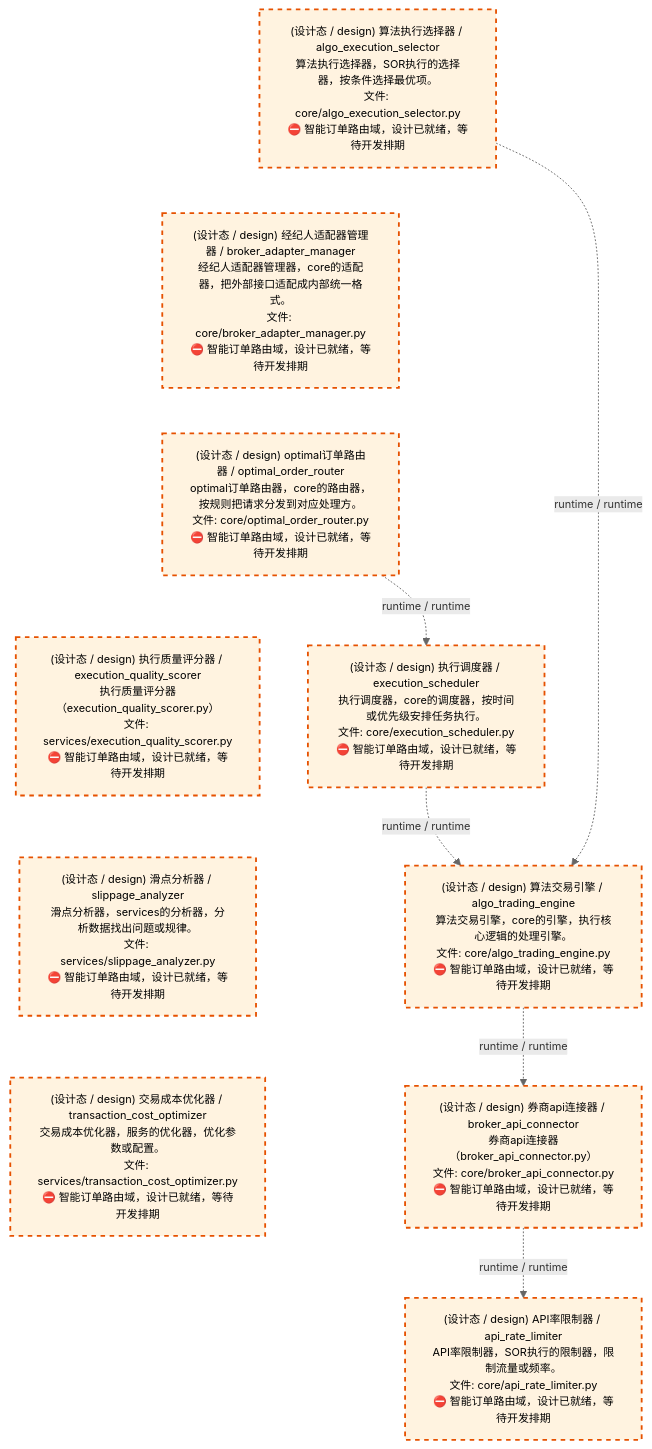
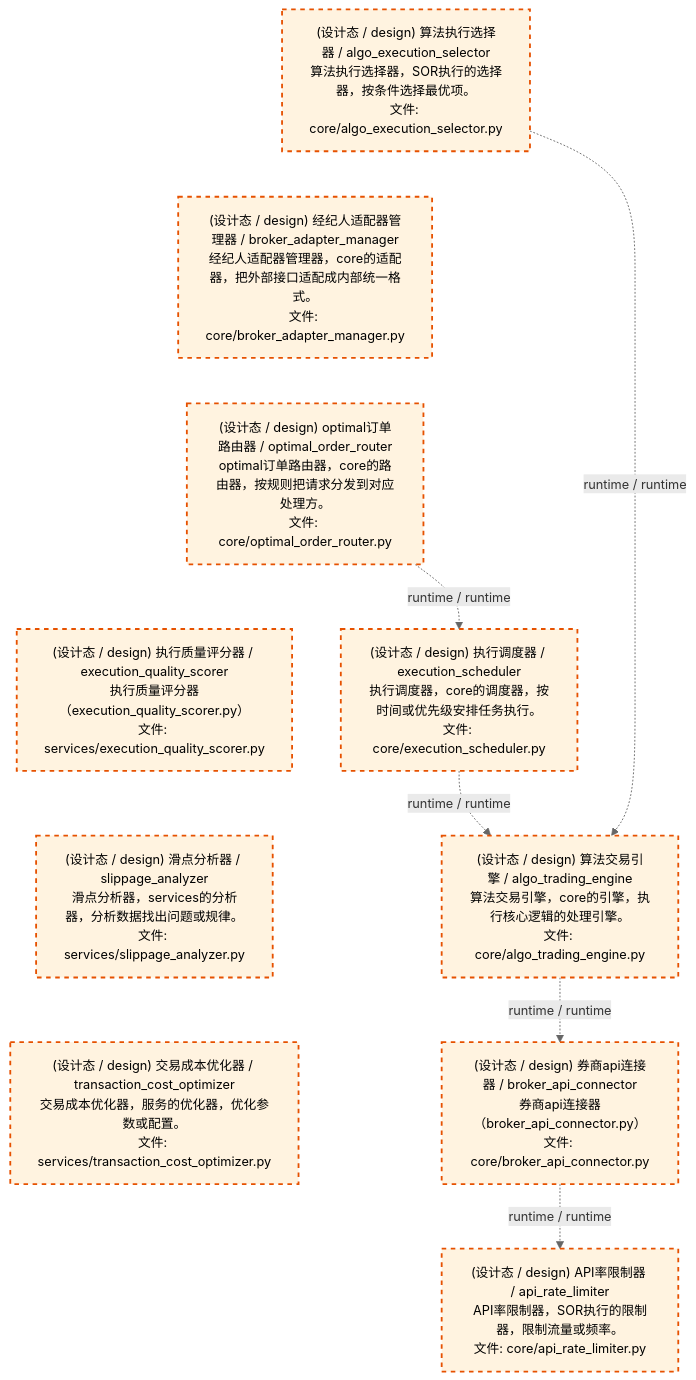
The third of 4 diagrams in docs/02_enterprise_architecture/02_domain_architecture_docs/45_d_ex_sor.md (xuanFelixVan/ZephyrAlpha), drawn with Mermaid before and after one commit. The commit also changed other lines of this file and 61 other files, not shown here.

````diff
--- a/docs/02_enterprise_architecture/02_domain_architecture_docs/45_d_ex_sor.md
+++ b/docs/02_enterprise_architecture/02_domain_architecture_docs/45_d_ex_sor.md
@@ -138,29 +138,29 @@
 ```mermaid
-%%{init: {'theme': 'base', 'themeVariables': {'primaryColor': '#eaeaea', 'primaryTextColor': '#333333', 'primaryBorderColor': '#666666', 'lineColor': '#666666', 'secondaryColor': '#eaeaea', 'tertiaryColor': '#eaeaea', 'fontSize': '12px'}}}%%
+%%{init: {'theme': 'base', 'themeVariables': {'primaryColor': '#eaeaea', 'primaryTextColor': '#333333', 'primaryBorderColor': '#666666', 'lineColor': '#666666', 'secondaryColor': '#eaeaea', 'tertiaryColor': '#eaeaea', 'fontSize': '14px'}}}%%
 flowchart TD
-    src_zephyr_ex_sor_core_algo_execution_selector_py["(设计态 / design) 算法执行选择器 / algo_execution_selector<br/>算法执行选择器，SOR执行的选择器，按条件选择最优项。<br/>文件: core/algo_execution_selector.py<br/>⛔ 智能订单路由域，设计已就绪，等待开发排期"]
-    src_zephyr_ex_sor_core_broker_adapter_manager_py["(设计态 / design) 经纪人适配器管理器 / broker_adapter_manager<br/>经纪人适配器管理器，core的适配器，把外部接口适配成内部统一格式。<br/>文件: core/broker_adapter_manager.py<br/>⛔ 智能订单路由域，设计已就绪，等待开发排期"]
-    src_zephyr_ex_sor_core_optimal_order_router_py["(设计态 / design) optimal订单路由器 / optimal_order_router<br/>optimal订单路由器，core的路由器，按规则把请求分发到对应处理方。<br/>文件: core/optimal_order_router.py<br/>⛔ 智能订单路由域，设计已就绪，等待开发排期"]
-    src_zephyr_ex_sor_services_execution_quality_scorer_py["(设计态 / design) 执行质量评分器 / execution_quality_scorer<br/>执行质量评分器（execution_quality_scorer.py）<br/>文件: services/execution_quality_scorer.py<br/>⛔ 智能订单路由域，设计已就绪，等待开发排期"]
-    src_zephyr_ex_sor_services_slippage_analyzer_py["(设计态 / design) 滑点分析器 / slippage_analyzer<br/>滑点分析器，services的分析器，分析数据找出问题或规律。<br/>文件: services/slippage_analyzer.py<br/>⛔ 智能订单路由域，设计已就绪，等待开发排期"]
-    src_zephyr_ex_sor_services_transaction_cost_optimizer_py["(设计态 / design) 交易成本优化器 / transaction_cost_optimizer<br/>交易成本优化器，服务的优化器，优化参数或配置。<br/>文件: services/transaction_cost_optimizer.py<br/>⛔ 智能订单路由域，设计已就绪，等待开发排期"]
+    src_zephyr_ex_sor_core_algo_execution_selector_py["(设计态 / design) 算法执行选择器 / algo_execution_selector<br/>算法执行选择器，SOR执行的选择器，按条件选择最优项。<br/>文件: core/algo_execution_selector.py"]
+    src_zephyr_ex_sor_core_broker_adapter_manager_py["(设计态 / design) 经纪人适配器管理器 / broker_adapter_manager<br/>经纪人适配器管理器，core的适配器，把外部接口适配成内部统一格式。<br/>文件: core/broker_adapter_manager.py"]
+    src_zephyr_ex_sor_core_optimal_order_router_py["(设计态 / design) optimal订单路由器 / optimal_order_router<br/>optimal订单路由器，core的路由器，按规则把请求分发到对应处理方。<br/>文件: core/optimal_order_router.py"]
+    src_zephyr_ex_sor_services_execution_quality_scorer_py["(设计态 / design) 执行质量评分器 / execution_quality_scorer<br/>执行质量评分器（execution_quality_scorer.py）<br/>文件: services/execution_quality_scorer.py"]
+    src_zephyr_ex_sor_services_slippage_analyzer_py["(设计态 / design) 滑点分析器 / slippage_analyzer<br/>滑点分析器，services的分析器，分析数据找出问题或规律。<br/>文件: services/slippage_analyzer.py"]
+    src_zephyr_ex_sor_services_transaction_cost_optimizer_py["(设计态 / design) 交易成本优化器 / transaction_cost_optimizer<br/>交易成本优化器，服务的优化器，优化参数或配置。<br/>文件: services/transaction_cost_optimizer.py"]
     src_zephyr_ex_sor_core_algo_execution_selector_py ~~~ src_zephyr_ex_sor_core_broker_adapter_manager_py
     src_zephyr_ex_sor_core_broker_adapter_manager_py ~~~ src_zephyr_ex_sor_core_optimal_order_router_py
     src_zephyr_ex_sor_core_optimal_order_router_py ~~~ src_zephyr_ex_sor_services_execution_quality_scorer_py
     src_zephyr_ex_sor_services_execution_quality_scorer_py ~~~ src_zephyr_ex_sor_services_slippage_analyzer_py
     src_zephyr_ex_sor_services_slippage_analyzer_py ~~~ src_zephyr_ex_sor_services_transaction_cost_optimizer_py
-    src_zephyr_ex_sor_core_execution_scheduler_py["(设计态 / design) 执行调度器 / execution_scheduler<br/>执行调度器，core的调度器，按时间或优先级安排任务执行。<br/>文件: core/execution_scheduler.py<br/>⛔ 智能订单路由域，设计已就绪，等待开发排期"]
-    src_zephyr_ex_sor_core_algo_trading_engine_py["(设计态 / design) 算法交易引擎 / algo_trading_engine<br/>算法交易引擎，core的引擎，执行核心逻辑的处理引擎。<br/>文件: core/algo_trading_engine.py<br/>⛔ 智能订单路由域，设计已就绪，等待开发排期"]
-    src_zephyr_ex_sor_core_broker_api_connector_py["(设计态 / design) 券商api连接器 / broker_api_connector<br/>券商api连接器（broker_api_connector.py）<br/>文件: core/broker_api_connector.py<br/>⛔ 智能订单路由域，设计已就绪，等待开发排期"]
-    src_zephyr_ex_sor_core_api_rate_limiter_py["(设计态 / design) API率限制器 / api_rate_limiter<br/>API率限制器，SOR执行的限制器，限制流量或频率。<br/>文件: core/api_rate_limiter.py<br/>⛔ 智能订单路由域，设计已就绪，等待开发排期"]
+    src_zephyr_ex_sor_core_execution_scheduler_py["(设计态 / design) 执行调度器 / execution_scheduler<br/>执行调度器，core的调度器，按时间或优先级安排任务执行。<br/>文件: core/execution_scheduler.py"]
+    src_zephyr_ex_sor_core_algo_trading_engine_py["(设计态 / design) 算法交易引擎 / algo_trading_engine<br/>算法交易引擎，core的引擎，执行核心逻辑的处理引擎。<br/>文件: core/algo_trading_engine.py"]
+    src_zephyr_ex_sor_core_broker_api_connector_py["(设计态 / design) 券商api连接器 / broker_api_connector<br/>券商api连接器（broker_api_connector.py）<br/>文件: core/broker_api_connector.py"]
+    src_zephyr_ex_sor_core_api_rate_limiter_py["(设计态 / design) API率限制器 / api_rate_limiter<br/>API率限制器，SOR执行的限制器，限制流量或频率。<br/>文件: core/api_rate_limiter.py"]
     src_zephyr_ex_sor_core_optimal_order_router_py -.->|runtime / runtime| src_zephyr_ex_sor_core_execution_scheduler_py
     src_zephyr_ex_sor_core_execution_scheduler_py -.->|runtime / runtime| src_zephyr_ex_sor_core_algo_trading_engine_py
     src_zephyr_ex_sor_core_algo_trading_engine_py -.->|runtime / runtime| src_zephyr_ex_sor_core_broker_api_connector_py
     src_zephyr_ex_sor_core_algo_execution_selector_py -.->|runtime / runtime| src_zephyr_ex_sor_core_algo_trading_engine_py
     src_zephyr_ex_sor_core_broker_api_connector_py -.->|runtime / runtime| src_zephyr_ex_sor_core_api_rate_limiter_py
     classDef production fill:#e1f5fe,stroke:#01579b,stroke-width:2px,color:#000
     classDef design fill:#fff3e0,stroke:#e65100,stroke-width:2px,color:#000,stroke-dasharray: 5 5
     classDef external_prod fill:#e8f4fd,stroke:#0277bd,stroke-width:1px,color:#000
     classDef external_design fill:#fff8e7,stroke:#ef6c00,stroke-width:1px,color:#000,stroke-dasharray: 5 5
     class src_zephyr_ex_sor_core_algo_execution_selector_py,src_zephyr_ex_sor_core_algo_trading_engine_py,src_zephyr_ex_sor_core_api_rate_limiter_py,src_zephyr_ex_sor_core_broker_adapter_manager_py,src_zephyr_ex_sor_core_broker_api_connector_py,src_zephyr_ex_sor_core_execution_scheduler_py,src_zephyr_ex_sor_core_optimal_order_router_py,src_zephyr_ex_sor_services_execution_quality_scorer_py,src_zephyr_ex_sor_services_slippage_analyzer_py,src_zephyr_ex_sor_services_transaction_cost_optimizer_py design
 ```
````
